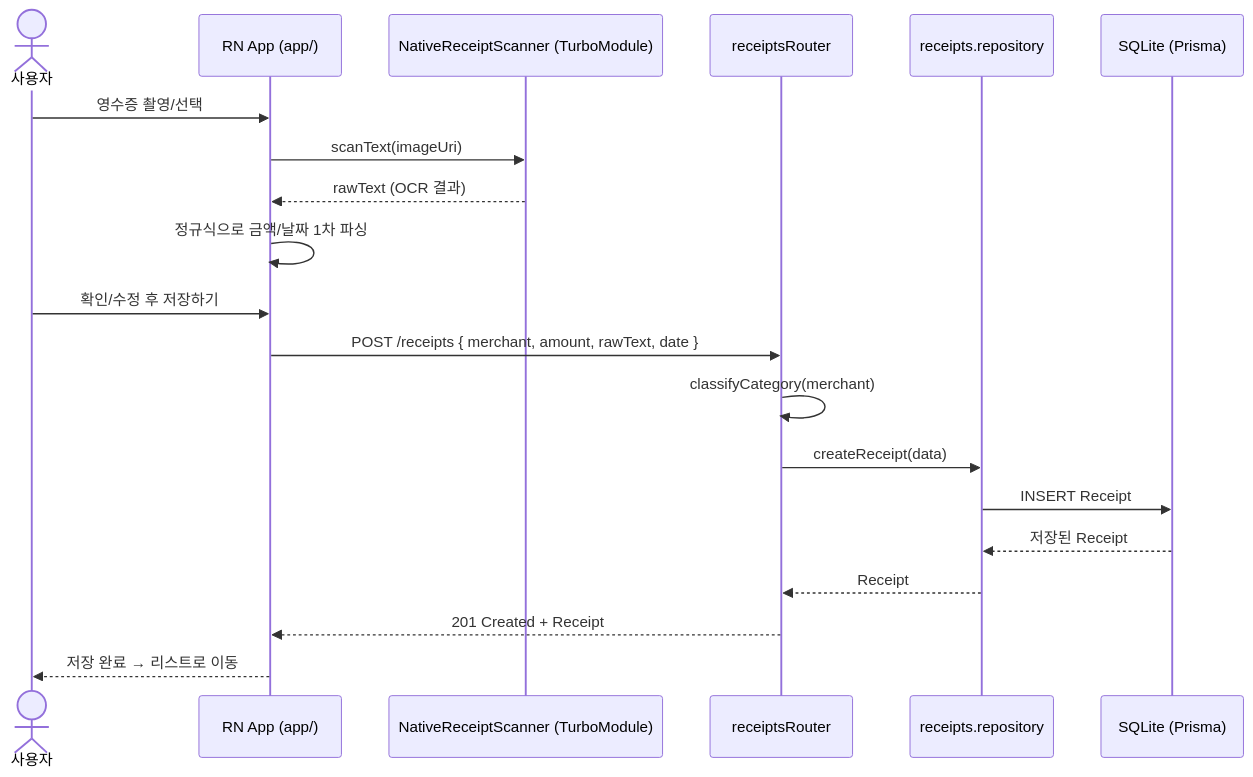
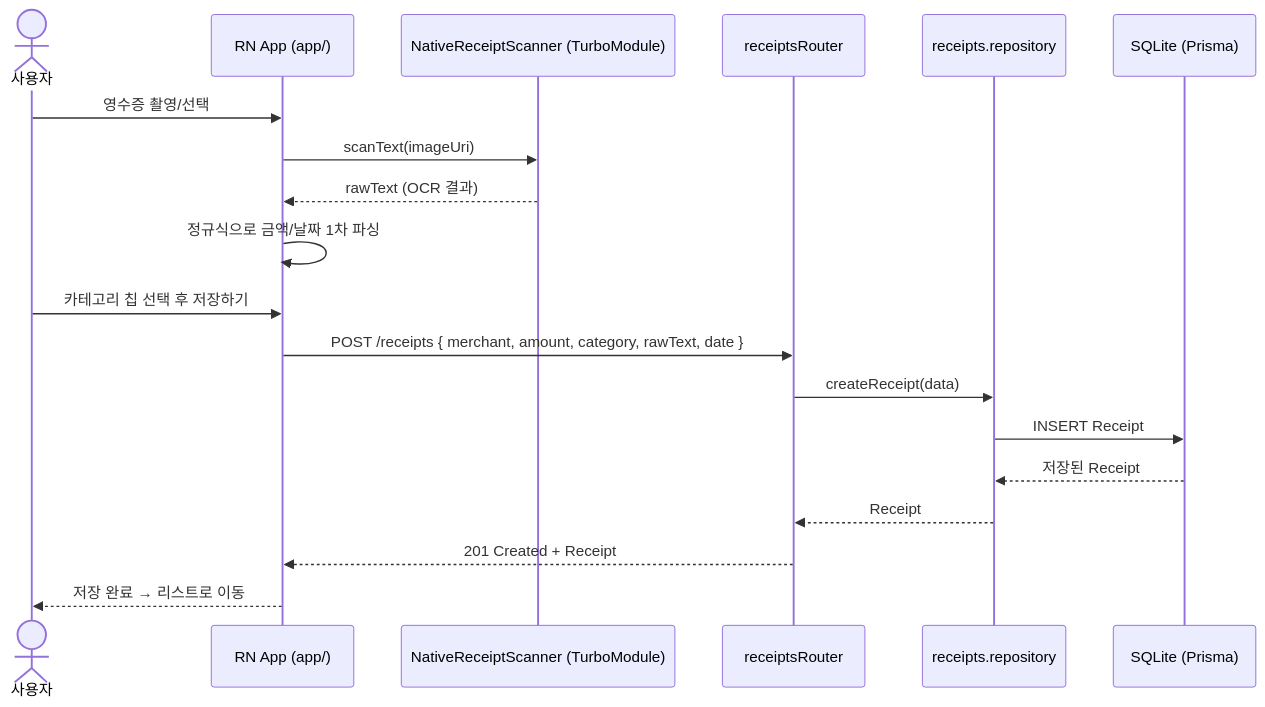
One commit to silverj0805/receipt-scanner-server changed the third of 7 diagrams in docs/architecture.md. Above: the diagram before and after it, drawn with Mermaid. The commit also changed other lines of this file and 4 other files, not shown here.

````diff
--- a/docs/architecture.md
+++ b/docs/architecture.md
@@ -94,23 +88,22 @@
 ```mermaid
 sequenceDiagram
     actor U as 사용자
     participant App as RN App (app/)
     participant Native as NativeReceiptScanner (TurboModule)
     participant API as receiptsRouter
     participant Repo as receipts.repository
     participant DB as SQLite (Prisma)
 
     U->>App: 영수증 촬영/선택
     App->>Native: scanText(imageUri)
     Native-->>App: rawText (OCR 결과)
     App->>App: 정규식으로 금액/날짜 1차 파싱
-    U->>App: 확인/수정 후 저장하기
-    App->>API: POST /receipts { merchant, amount, rawText, date }
-    API->>API: classifyCategory(merchant)
+    U->>App: 카테고리 칩 선택 후 저장하기
+    App->>API: POST /receipts { merchant, amount, category, rawText, date }
     API->>Repo: createReceipt(data)
     Repo->>DB: INSERT Receipt
     DB-->>Repo: 저장된 Receipt
     Repo-->>API: Receipt
     API-->>App: 201 Created + Receipt
     App-->>U: 저장 완료 → 리스트로 이동
 ```
````
